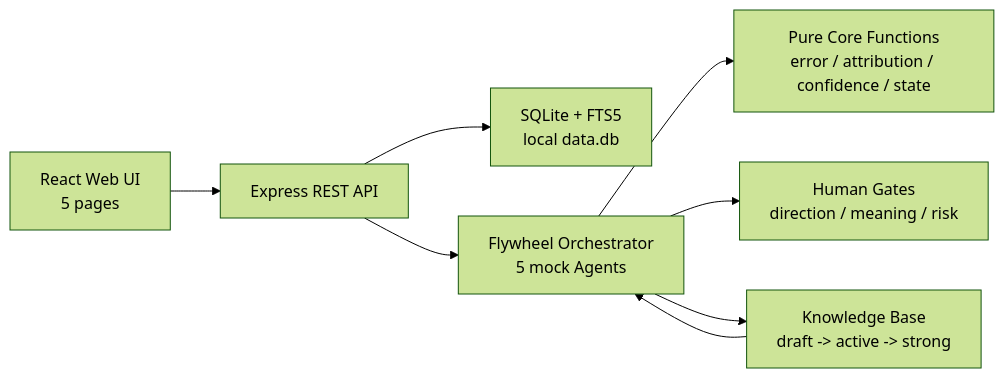
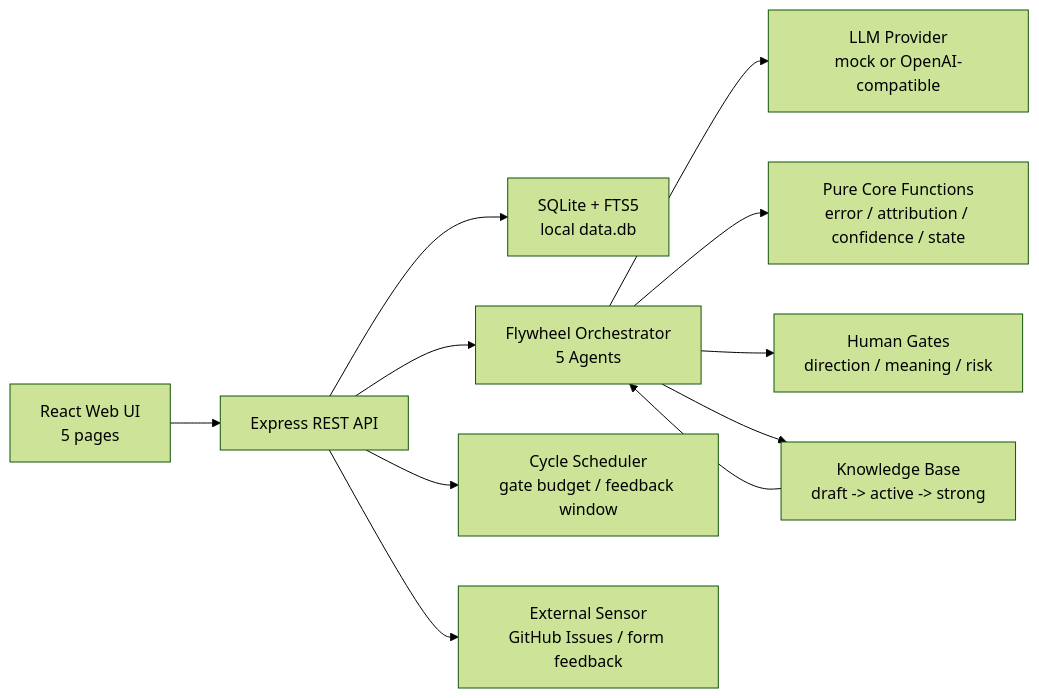
One commit to amanayayatu-tech/Alaya changed the diagram in README.md. Above: the diagram before and after it, drawn with Mermaid (forest theme). The commit also changed other lines of this file and 52 other files, not shown here.

````diff
--- a/README.md
+++ b/README.md
@@ -75,10 +106,13 @@
 ```mermaid
 flowchart LR
   UI["React Web UI<br/>5 pages"] --> API["Express REST API"]
   API --> DB["SQLite + FTS5<br/>local data.db"]
-  API --> FW["Flywheel Orchestrator<br/>5 mock Agents"]
+  API --> FW["Flywheel Orchestrator<br/>5 Agents"]
+  API --> SCHED["Cycle Scheduler<br/>gate budget / feedback window"]
+  API --> SENSOR["External Sensor<br/>GitHub Issues / form feedback"]
+  FW --> LLM["LLM Provider<br/>mock or OpenAI-compatible"]
   FW --> CORE["Pure Core Functions<br/>error / attribution / confidence / state"]
   FW --> GATES["Human Gates<br/>direction / meaning / risk"]
   FW --> KB["Knowledge Base<br/>draft -> active -> strong"]
   KB --> FW
 ```
````
